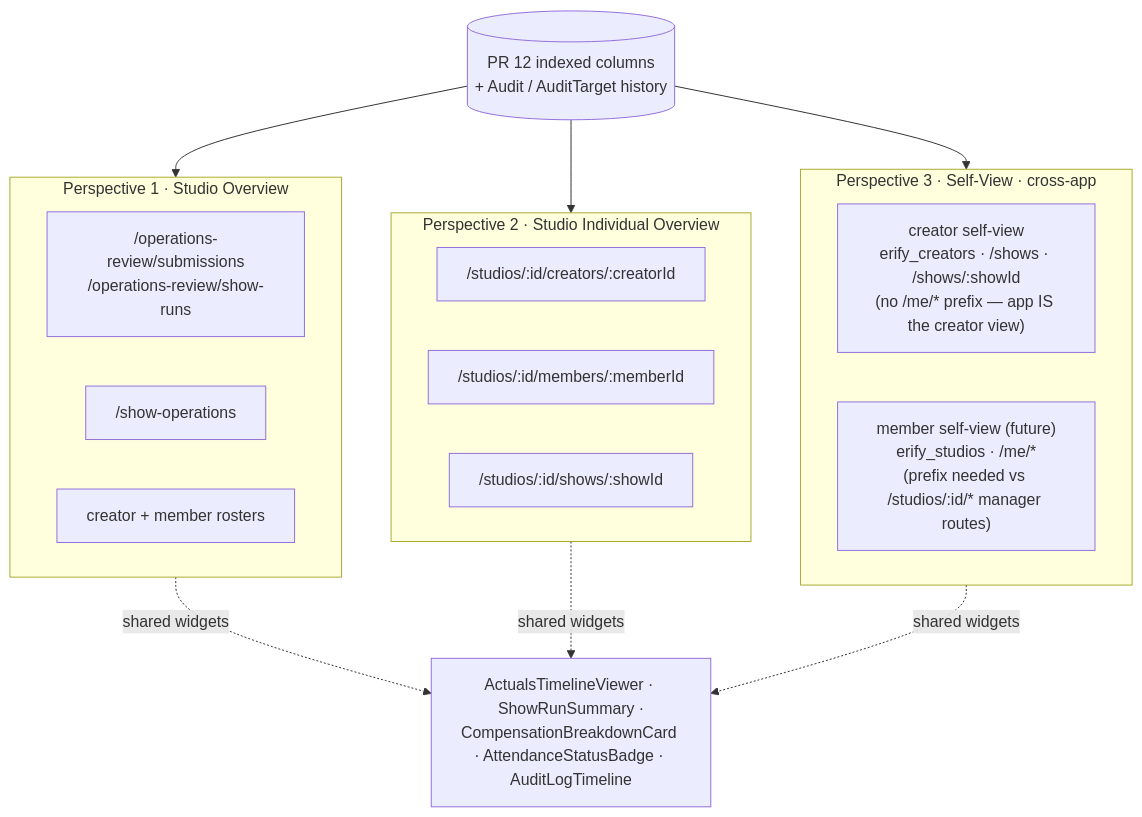
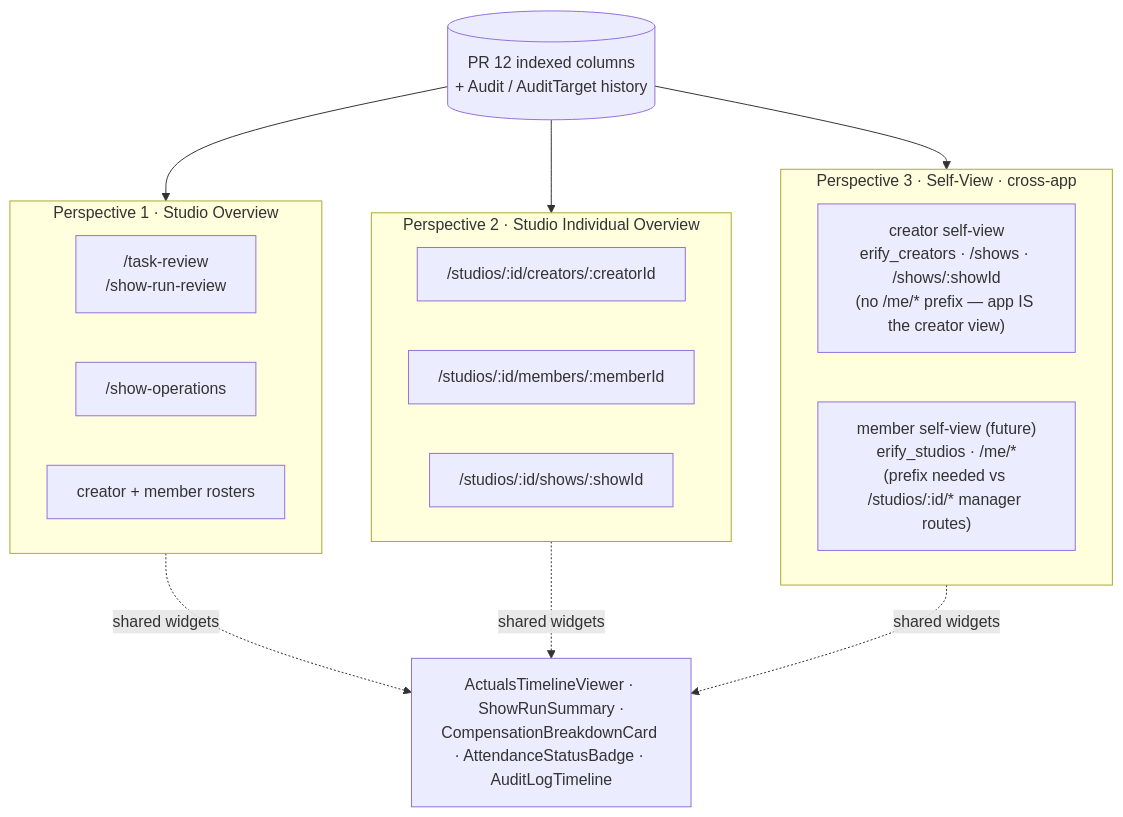
Before and after one commit to allenlin90/eridu-services: the diagram in docs/prd/task-fact-binding.md, drawn with Mermaid. The commit also changed other lines of this file and 7 other files, not shown here.

````diff
--- a/docs/prd/task-fact-binding.md
+++ b/docs/prd/task-fact-binding.md
@@ -86,29 +86,29 @@
 ```mermaid
 flowchart TB
     DATA[(PR 12 indexed columns<br/>+ Audit / AuditTarget history)]
 
     subgraph P1[Perspective 1 · Studio Overview]
-        P1A["/operations-review/submissions<br/>/operations-review/show-runs"]
+        P1A["/task-review<br/>/show-run-review"]
         P1B["/show-operations"]
         P1C["creator + member rosters"]
     end
 
     subgraph P2[Perspective 2 · Studio Individual Overview]
         P2A["/studios/:id/creators/:creatorId"]
         P2B["/studios/:id/members/:memberId"]
         P2C["/studios/:id/shows/:showId"]
     end
 
     subgraph P3[Perspective 3 · Self-View · cross-app]
         P3A["creator self-view<br/>erify_creators · /shows · /shows/:showId<br/>(no /me/* prefix — app IS the creator view)"]
         P3B["member self-view (future)<br/>erify_studios · /me/*<br/>(prefix needed vs /studios/:id/* manager routes)"]
     end
 
     DATA --> P1
     DATA --> P2
     DATA --> P3
 
     P1 -. shared widgets .-> W[ActualsTimelineViewer · ShowRunSummary ·<br/>CompensationBreakdownCard · AttendanceStatusBadge · AuditLogTimeline]
     P2 -. shared widgets .-> W
     P3 -. shared widgets .-> W
 ```
````
